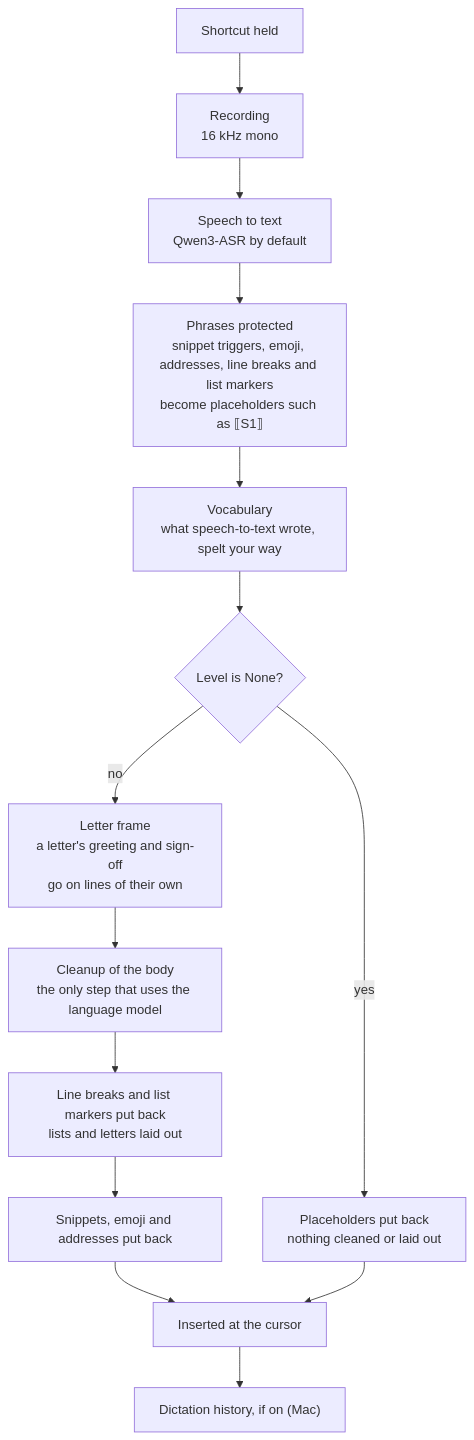
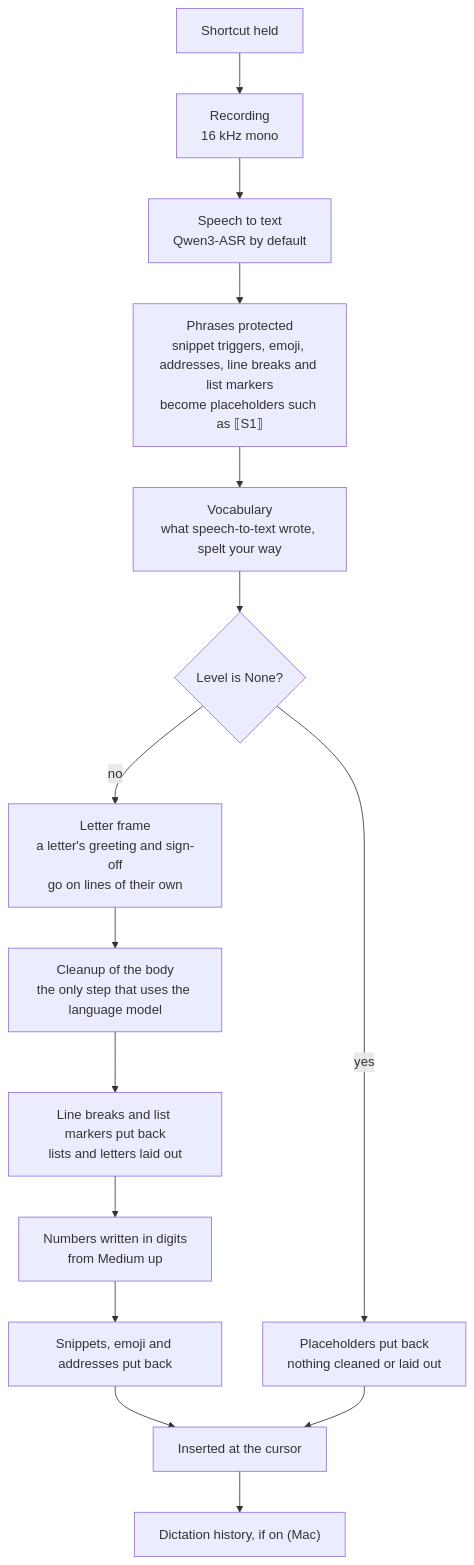
One commit to Nerdstorm/LiveTranscribe changed the second of 9 diagrams in docs/architecture.md. Above: the diagram before and after it, drawn with Mermaid. The commit also changed other lines of this file and 37 other files, not shown here.

First line of the commit message:
Write numbers in digits, mail-provider addresses and mixed-style lists after cleanup

````diff
--- a/docs/architecture.md
+++ b/docs/architecture.md
@@ -59,16 +59,17 @@
 ```mermaid
 flowchart TD
     A["Shortcut held"] --> B["Recording<br/>16 kHz mono"]
     B --> C["Speech to text<br/>Qwen3-ASR by default"]
     C --> D["Phrases protected<br/>snippet triggers, emoji, addresses, line breaks and list markers<br/>become placeholders such as ⟦S1⟧"]
     D --> E["Vocabulary<br/>what speech-to-text wrote, spelt your way"]
     E --> F{"Level is None?"}
     F -->|yes| N["Placeholders put back<br/>nothing cleaned or laid out"]
     F -->|no| G["Letter frame<br/>a letter's greeting and sign-off<br/>go on lines of their own"]
     G --> H["Cleanup of the body<br/>the only step that uses the language model"]
     H --> I["Line breaks and list markers put back<br/>lists and letters laid out"]
-    I --> J["Snippets, emoji and addresses put back"]
+    I --> NUM["Numbers written in digits<br/>from Medium up"]
+    NUM --> J["Snippets, emoji and addresses put back"]
     J --> K["Inserted at the cursor"]
     N --> K
     K --> L["Dictation history, if on (Mac)"]
 ```
````
